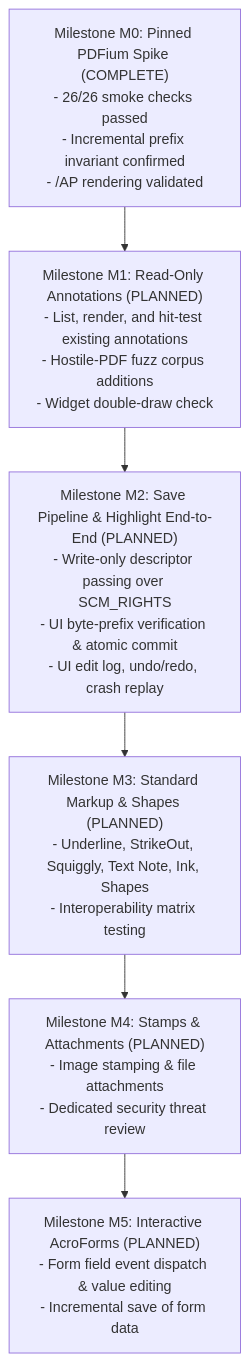
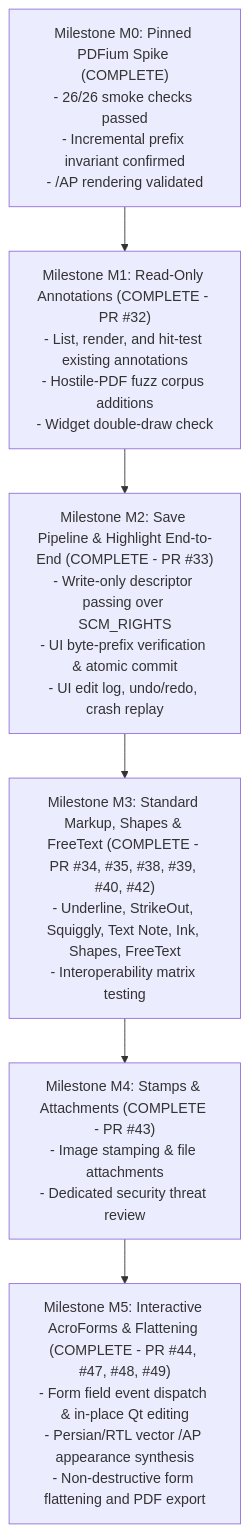
Before and after one commit to greenware63/PDF_Reader_for_Linux: the second of 2 diagrams in project_status_report.md, drawn with Mermaid. The commit also changed other lines of this file and 4 other files, not shown here.

First line of the commit message:
docs: update KNOWN_LIMITATIONS and project status for Milestone M5 close-out (#51)

````diff
--- a/project_status_report.md
+++ b/project_status_report.md
@@ -149,11 +153,11 @@
 ```mermaid
 flowchart TD
     M0["Milestone M0: Pinned PDFium Spike (COMPLETE)\n- 26/26 smoke checks passed\n- Incremental prefix invariant confirmed\n- /AP rendering validated"]
-    M1["Milestone M1: Read-Only Annotations (PLANNED)\n- List, render, and hit-test existing annotations\n- Hostile-PDF fuzz corpus additions\n- Widget double-draw check"]
-    M2["Milestone M2: Save Pipeline & Highlight End-to-End (PLANNED)\n- Write-only descriptor passing over SCM_RIGHTS\n- UI byte-prefix verification & atomic commit\n- UI edit log, undo/redo, crash replay"]
-    M3["Milestone M3: Standard Markup & Shapes (PLANNED)\n- Underline, StrikeOut, Squiggly, Text Note, Ink, Shapes\n- Interoperability matrix testing"]
-    M4["Milestone M4: Stamps & Attachments (PLANNED)\n- Image stamping & file attachments\n- Dedicated security threat review"]
-    M5["Milestone M5: Interactive AcroForms (PLANNED)\n- Form field event dispatch & value editing\n- Incremental save of form data"]
+    M1["Milestone M1: Read-Only Annotations (COMPLETE - PR #32)\n- List, render, and hit-test existing annotations\n- Hostile-PDF fuzz corpus additions\n- Widget double-draw check"]
+    M2["Milestone M2: Save Pipeline & Highlight End-to-End (COMPLETE - PR #33)\n- Write-only descriptor passing over SCM_RIGHTS\n- UI byte-prefix verification & atomic commit\n- UI edit log, undo/redo, crash replay"]
+    M3["Milestone M3: Standard Markup, Shapes & FreeText (COMPLETE - PR #34, #35, #38, #39, #40, #42)\n- Underline, StrikeOut, Squiggly, Text Note, Ink, Shapes, FreeText\n- Interoperability matrix testing"]
+    M4["Milestone M4: Stamps & Attachments (COMPLETE - PR #43)\n- Image stamping & file attachments\n- Dedicated security threat review"]
+    M5["Milestone M5: Interactive AcroForms & Flattening (COMPLETE - PR #44, #47, #48, #49)\n- Form field event dispatch & in-place Qt editing\n- Persian/RTL vector /AP appearance synthesis\n- Non-destructive form flattening and PDF export"]
 
     M0 --> M1 --> M2 --> M3 --> M4 --> M5
 ```
````
